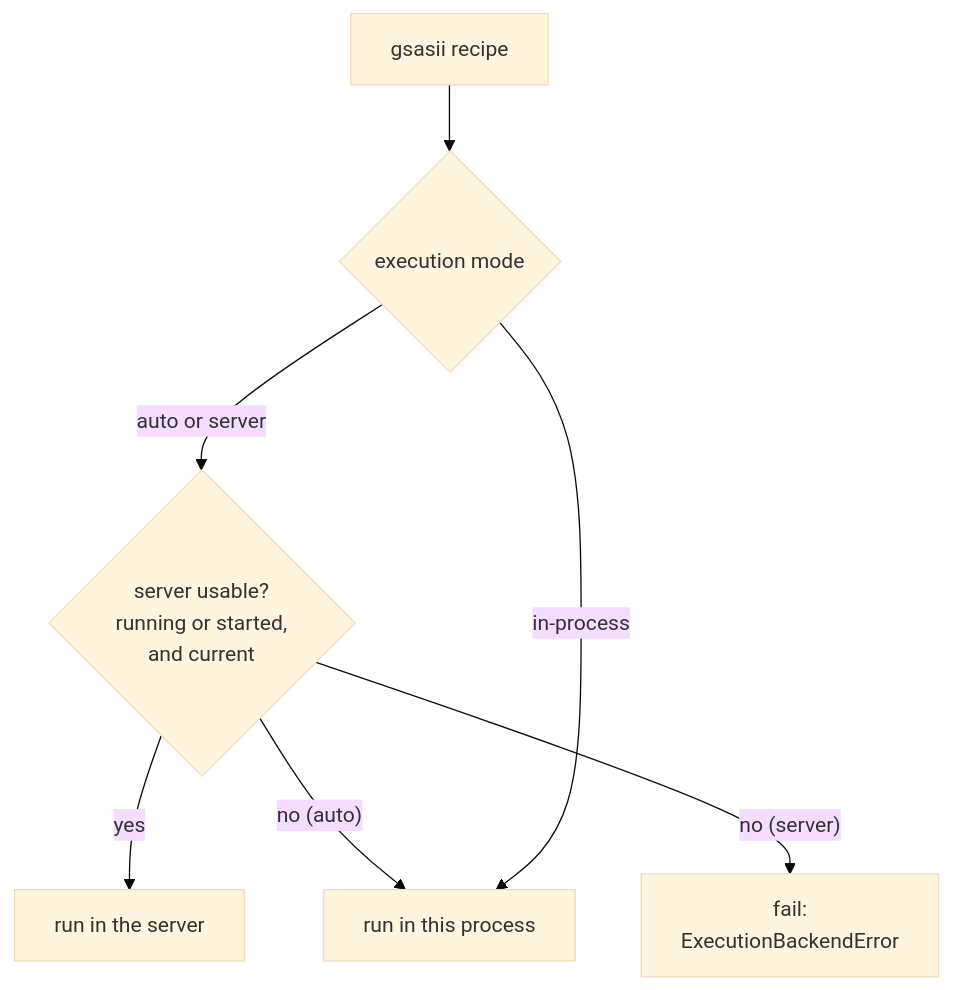
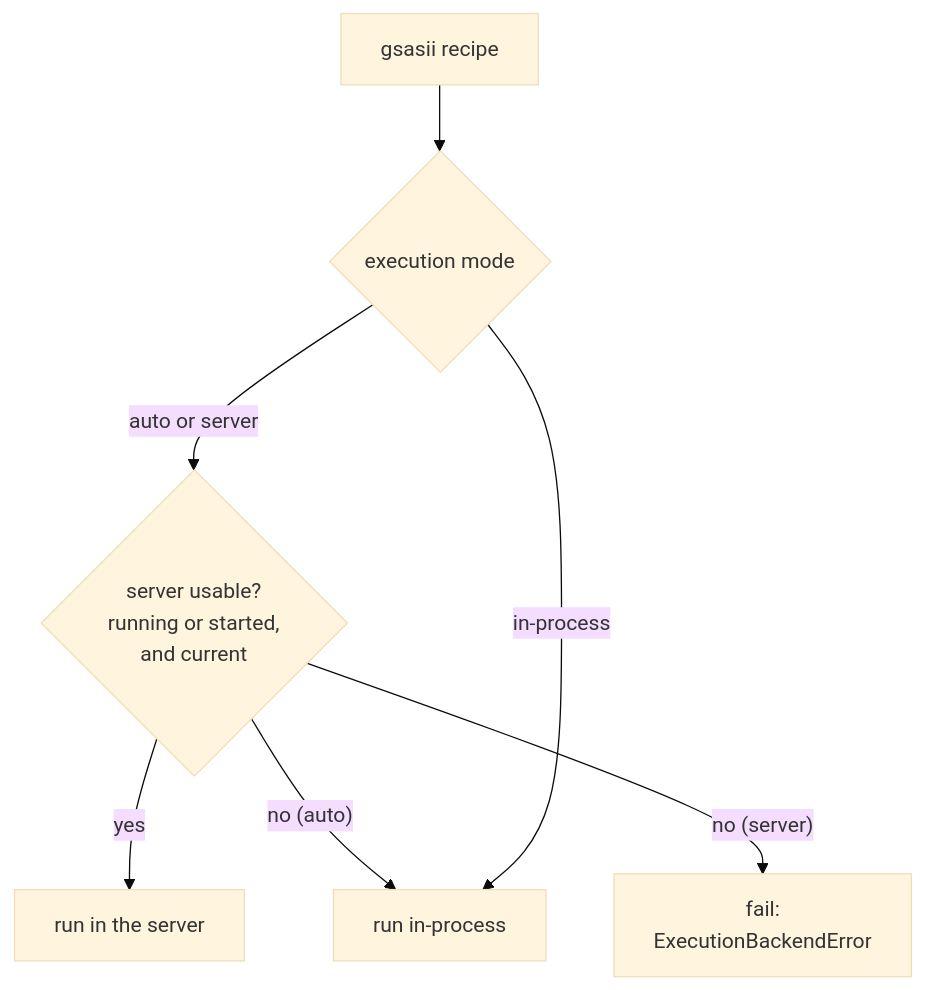
One commit to NSLS2/PowderLine changed the diagram in docs/how-to/beamline-operation.md. Above: the diagram before and after it, drawn with Mermaid (base theme). The commit also changed other lines of this file and 44 other files, not shown here.

````diff
--- a/docs/how-to/beamline-operation.md
+++ b/docs/how-to/beamline-operation.md
@@ -46,9 +56,9 @@
 ```mermaid
 flowchart TB
     R["gsasii recipe"] --> M{"execution mode"}
     M -- "auto or server" --> U{"server usable?<br/>running or started,<br/>and current"}
     U -- yes --> SV["run in the server"]
-    U -- "no (auto)" --> IP["run in this process"]
+    U -- "no (auto)" --> IP["run in-process"]
     U -- "no (server)" --> F["fail:<br/>ExecutionBackendError"]
     M -- "in-process" --> IP
 ```
````
